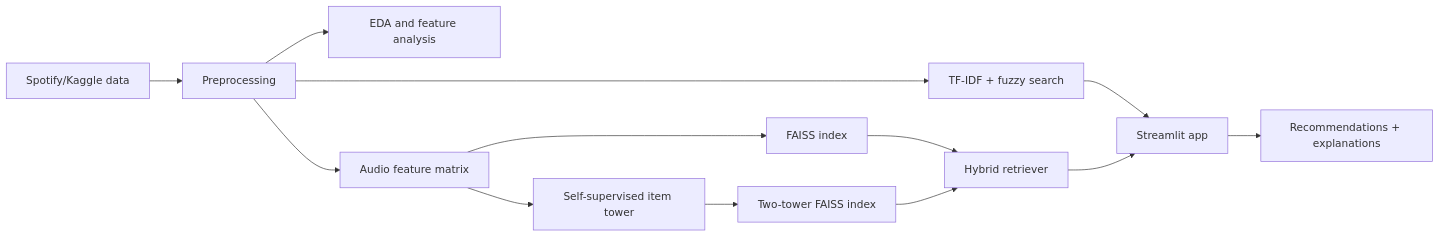
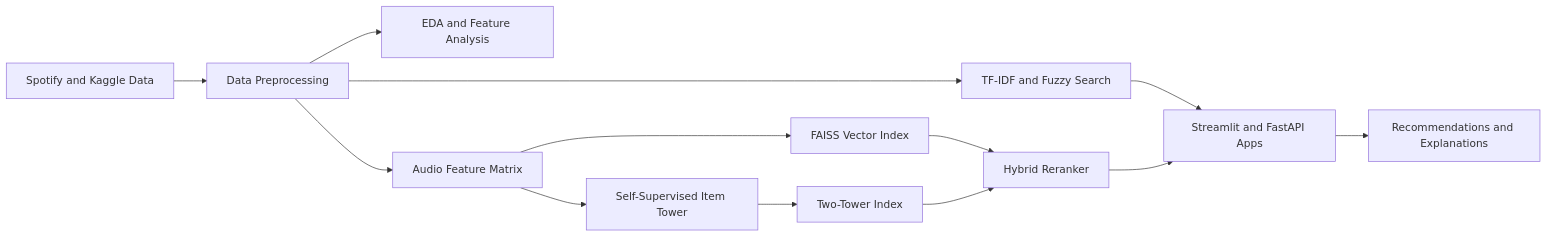
One commit to Abhishek01112002/Moodify changed the diagram in README.md. Above: the diagram before and after it, drawn with Mermaid. The commit also changed other lines of this file and 3 other files, not shown here.

Commit message:
docs: replace flaky mermaid iframe with high-res architecture diagram

````diff
--- a/README.md
+++ b/README.md
@@ -35,15 +40,15 @@
 ```mermaid
-flowchart LR
-    A["Spotify/Kaggle data"] --> B["Preprocessing"]
-    B --> C["EDA and feature analysis"]
-    B --> D["Audio feature matrix"]
-    D --> E["FAISS index"]
-    D --> F["Self-supervised item tower"]
-    F --> G["Two-tower FAISS index"]
-    E --> H["Hybrid retriever"]
+graph LR
+    A[Spotify and Kaggle Data] --> B[Data Preprocessing]
+    B --> C[EDA and Feature Analysis]
+    B --> D[Audio Feature Matrix]
+    D --> E[FAISS Vector Index]
+    D --> F[Self-Supervised Item Tower]
+    F --> G[Two-Tower Index]
+    E --> H[Hybrid Reranker]
     G --> H
-    B --> I["TF-IDF + fuzzy search"]
-    I --> J["Streamlit app"]
+    B --> I[TF-IDF and Fuzzy Search]
+    I --> J[Streamlit and FastAPI Apps]
     H --> J
-    J --> K["Recommendations + explanations"]
+    J --> K[Recommendations and Explanations]
 ```
````
